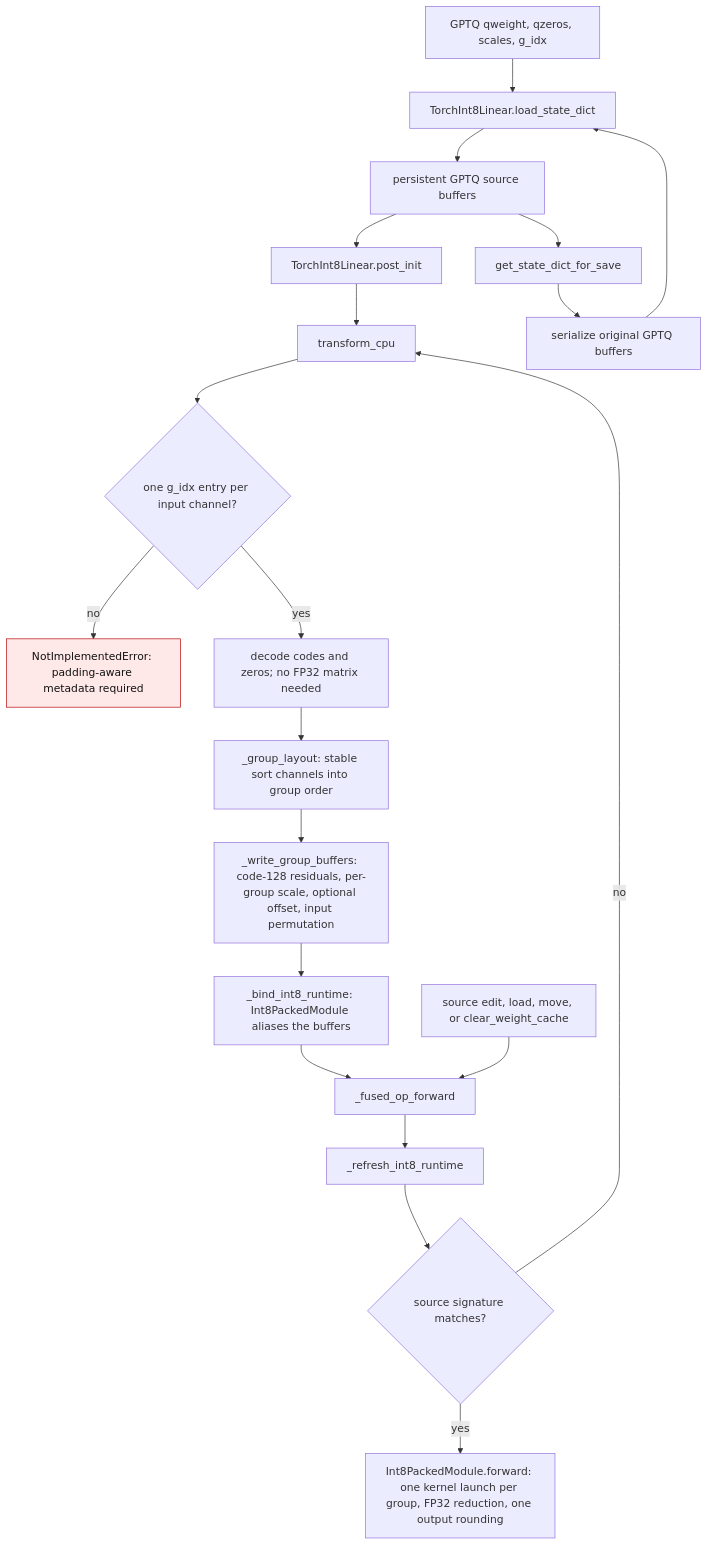
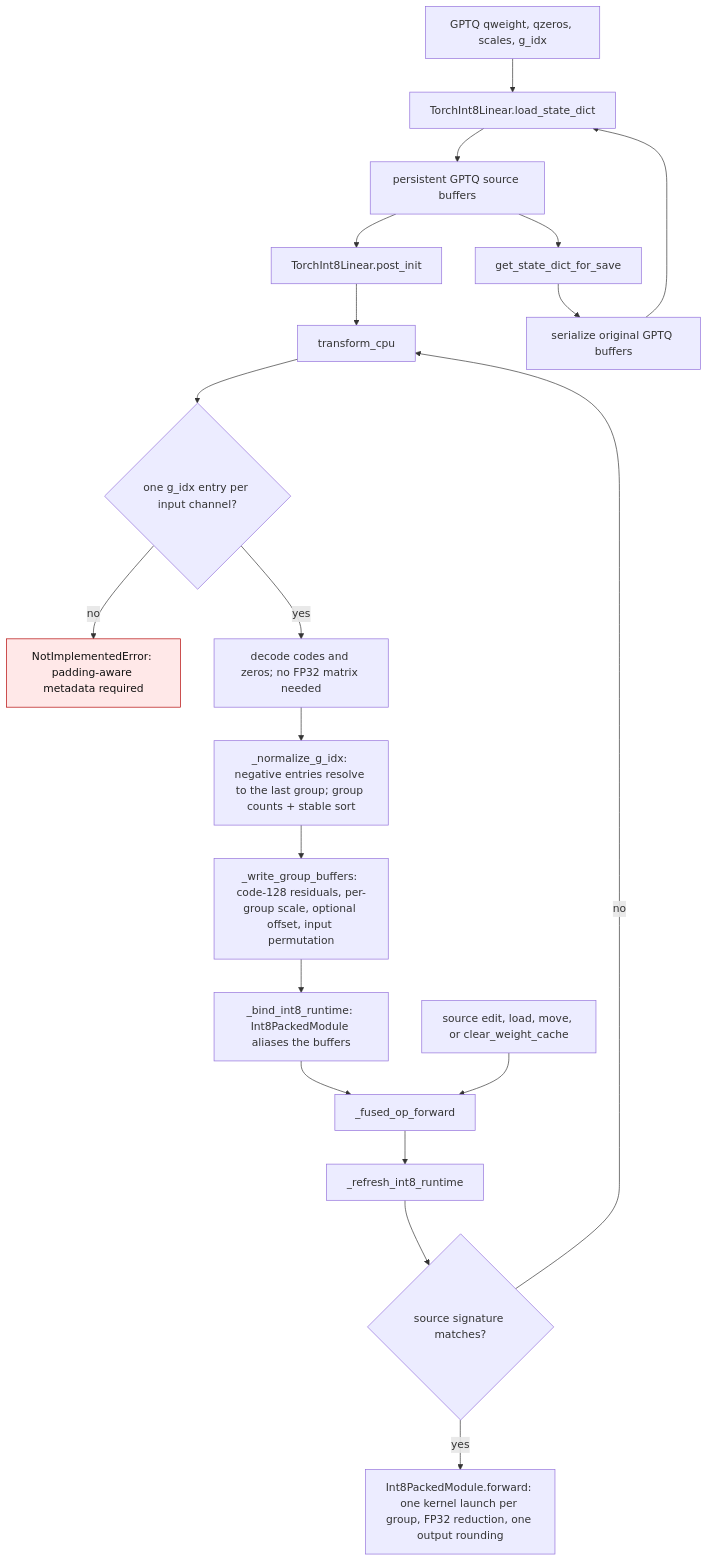
Before and after one commit to ModelCloud/GPTQModel: the diagram in docs/torch-int8-checkpoint-lifecycle.md, drawn with Mermaid. The commit also changed other lines of this file and 2 other files, not shown here.

First line of the commit message:
fix(int8): normalize negative g_idx and gather exact group rows

````diff
--- a/docs/torch-int8-checkpoint-lifecycle.md
+++ b/docs/torch-int8-checkpoint-lifecycle.md
@@ -33,24 +33,24 @@
 ```mermaid
 flowchart TD
     A["GPTQ qweight, qzeros, scales, g_idx"] --> B["TorchInt8Linear.load_state_dict"]
     B --> C["persistent GPTQ source buffers"]
     C --> D["TorchInt8Linear.post_init"]
     D --> T["transform_cpu"]
     T --> E{"one g_idx entry per input channel?"}
     E -->|no| X["NotImplementedError: padding-aware metadata required"]
     E -->|yes| F["decode codes and zeros; no FP32 matrix needed"]
-    F --> P["_group_layout: stable sort channels into group order"]
+    F --> P["_normalize_g_idx: negative entries resolve to the last group; group counts + stable sort"]
     P --> G["_write_group_buffers: code-128 residuals, per-group scale, optional offset, input permutation"]
     G --> H["_bind_int8_runtime: Int8PackedModule aliases the buffers"]
     H --> I["_fused_op_forward"]
     I --> R["_refresh_int8_runtime"]
     R --> Q{"source signature matches?"}
     Q -->|yes| O["Int8PackedModule.forward: one kernel launch per group, FP32 reduction, one output rounding"]
     Q -->|no| T
     C --> S["get_state_dict_for_save"]
     S --> V["serialize original GPTQ buffers"]
     V --> B
     M["source edit, load, move, or clear_weight_cache"] --> I
     classDef failure fill:#ffe8e8,stroke:#b30000,color:#111
     class X failure
 ```
````
